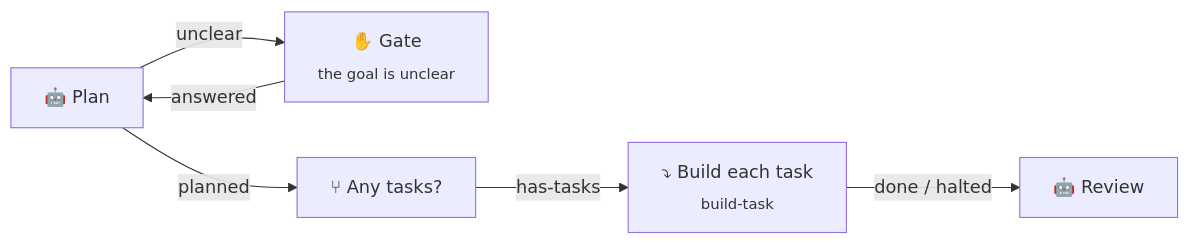
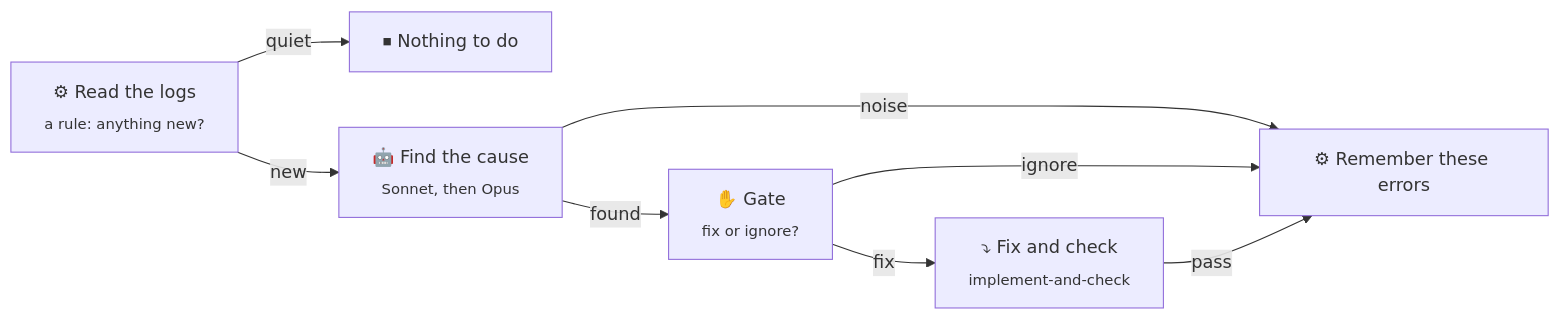
One commit to xiduzo/nightshift changed the diagram in README.md. Above: the diagram before and after it, drawn with Mermaid. The commit also changed other lines of this file and 6 other files, not shown here.

````diff
--- a/README.md
+++ b/README.md
@@ -40,14 +46,17 @@
 ```mermaid
 flowchart LR
-  planner["🤖 Plan"]
-  clarify["✋ Gate<br/><sub>the goal is unclear</sub>"]
-  any_tasks["⑂ Any tasks?"]
-  build["⤵ Build each task<br/><sub>build-task</sub>"]
-  review["🤖 Review"]
+  read["⚙ Read the logs<br/><sub>a rule: anything new?</sub>"]
+  quiet["⏹ Nothing to do"]
+  investigate["🤖 Find the cause<br/><sub>Sonnet, then Opus</sub>"]
+  decide["✋ Gate<br/><sub>fix or ignore?</sub>"]
+  fix["⤵ Fix and check<br/><sub>implement-and-check</sub>"]
+  remember["⚙ Remember these errors"]
 
-  planner -- planned --> any_tasks
-  planner -- unclear --> clarify
-  clarify -- answered --> planner
-  any_tasks -- has-tasks --> build
-  build -- "done / halted" --> review
+  read -- quiet --> quiet
+  read -- new --> investigate
+  investigate -- noise --> remember
+  investigate -- found --> decide
+  decide -- fix --> fix
+  decide -- ignore --> remember
+  fix -- pass --> remember
 ```
````
